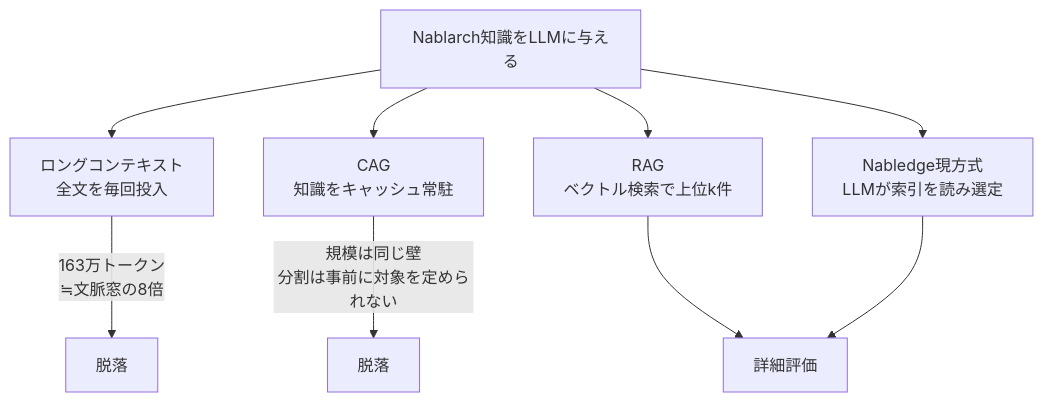
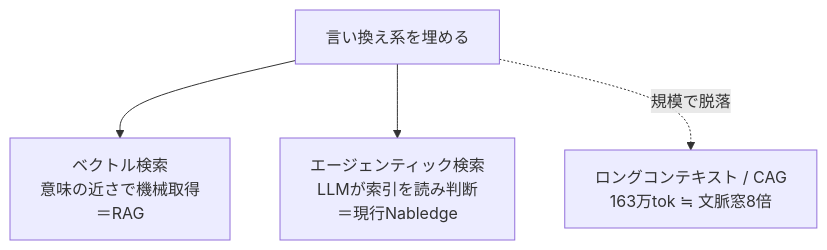
The second of 5 diagrams in docs/reports/cost-optimization-architecture.md (nablarch/nabledge-dev), drawn with Mermaid before and after one commit. The commit also changed other lines of this file and 1 other file, not shown here.

````diff
--- a/docs/reports/cost-optimization-architecture.md
+++ b/docs/reports/cost-optimization-architecture.md
@@ -35,12 +72,6 @@
 ```mermaid
 flowchart TD
-    Q[Nablarch知識をLLMに与える]
-    Q --> LC[ロングコンテキスト<br/>全文を毎回投入]
-    Q --> CAG[CAG<br/>知識をキャッシュ常駐]
-    Q --> RAG[RAG<br/>ベクトル検索で上位k件]
-    Q --> NAB[Nabledge現方式<br/>LLMが索引を読み選定]
-    LC -->|163万トークン<br/>≒文脈窓の8倍| X1[脱落]
-    CAG -->|規模は同じ壁<br/>分割は事前に対象を定められない| X2[脱落]
-    RAG --> EVAL[詳細評価]
-    NAB --> EVAL
+    Q[言い換え系を埋める] --> V[ベクトル検索<br/>意味の近さで機械取得<br/>＝RAG]
+    Q --> A[エージェンティック検索<br/>LLMが索引を読み判断<br/>＝現行Nabledge]
+    Q -.規模で脱落.-> X[ロングコンテキスト / CAG<br/>163万tok ≒ 文脈窓8倍]
 ```
````
